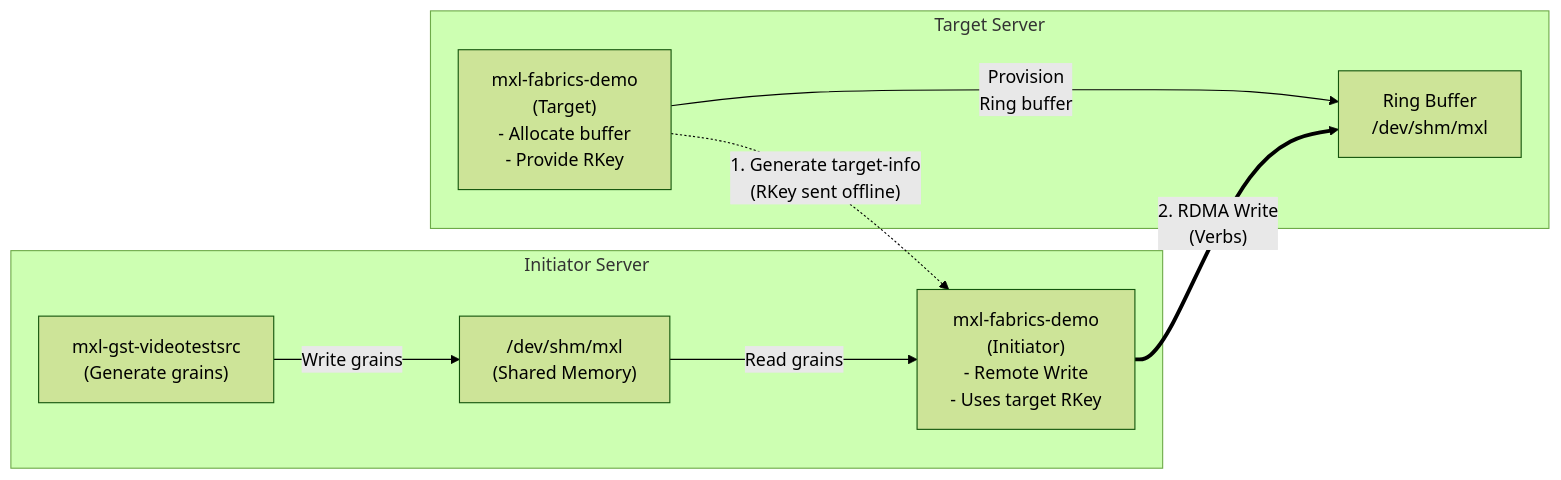
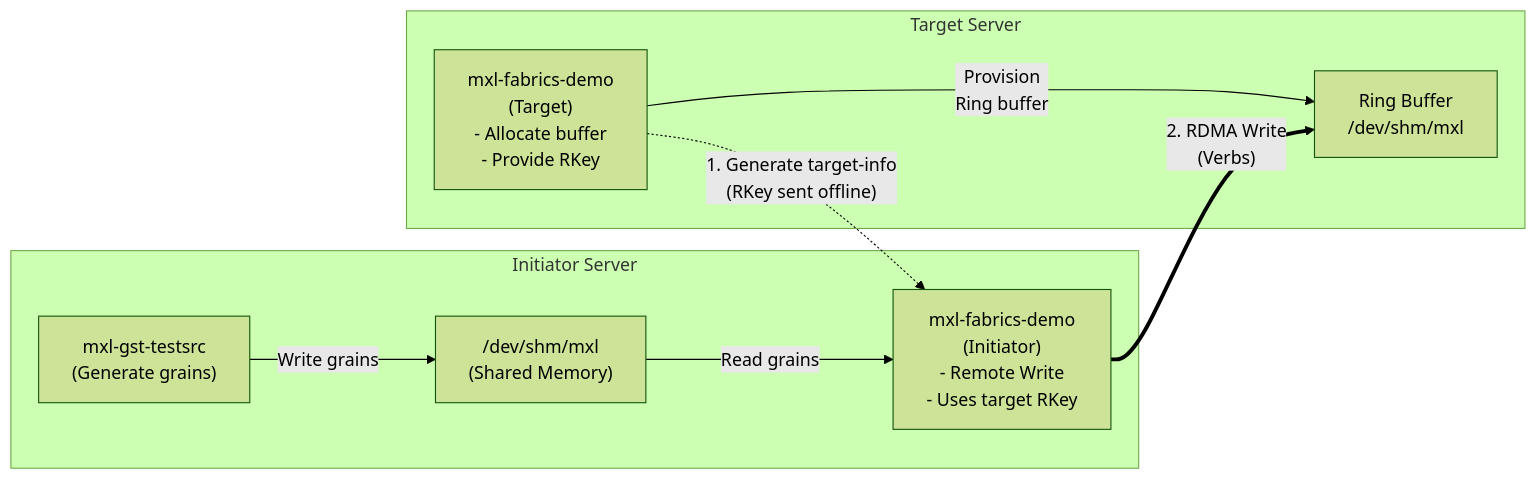
The second of 3 diagrams in README.md (cbcrc/media-rdma-lab), drawn with Mermaid (forest theme) before and after one commit. The commit also changed other lines of this file, not shown here.

````diff
--- a/README.md
+++ b/README.md
@@ -194,21 +194,21 @@
 ```mermaid
 graph LR
     subgraph InitiatorServer["Initiator Server"]
-        GST["mxl-gst-videotestsrc<br/>(Generate grains)"]
+        GST["mxl-gst-testsrc<br/>(Generate grains)"]
         SHM_I["/dev/shm/mxl<br/>(Shared Memory)"]
         Demo_I["mxl-fabrics-demo<br/>(Initiator)<br/>- Remote Write<br/>- Uses target RKey"]
         
         GST -->|"Write grains"| SHM_I
         SHM_I -->|"Read grains"| Demo_I
     end
     
     subgraph TargetServer["Target Server"]
         RingBuffer["Ring Buffer<br/>/dev/shm/mxl"]
         Demo_T["mxl-fabrics-demo<br/>(Target)<br/>- Allocate buffer<br/>- Provide RKey"]
         
         Demo_T --> |"Provision <br> Ring buffer "| RingBuffer
     end
     
     Demo_T -.->|"1. Generate target-info<br/>(RKey sent offline)"| Demo_I
     Demo_I ==>|"2. RDMA Write<br/>(Verbs)"| RingBuffer
 ```
````
